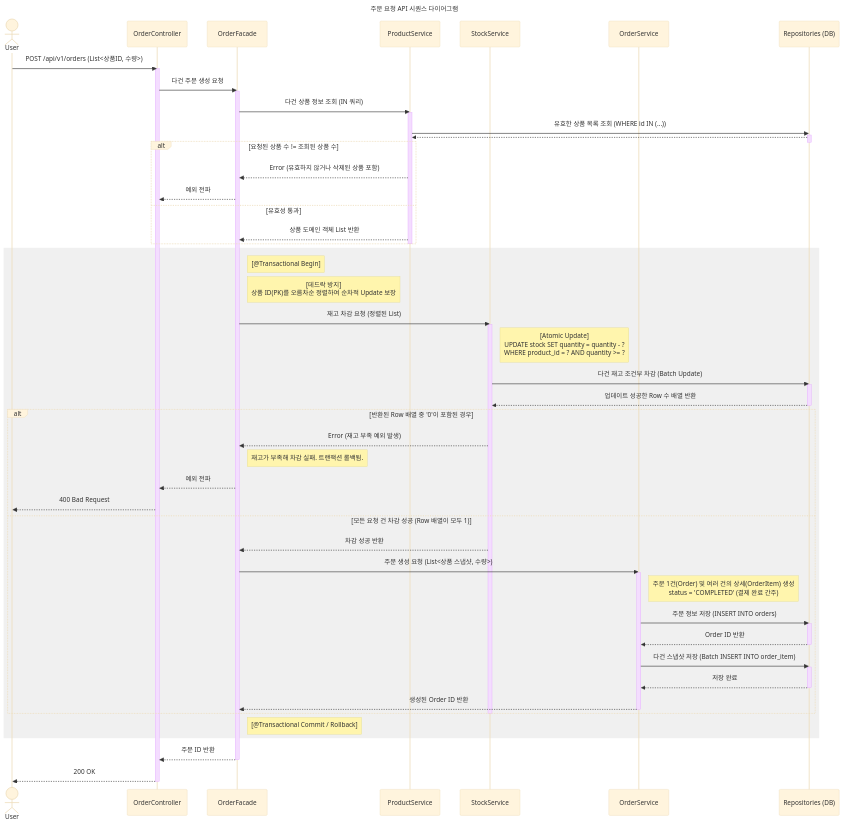
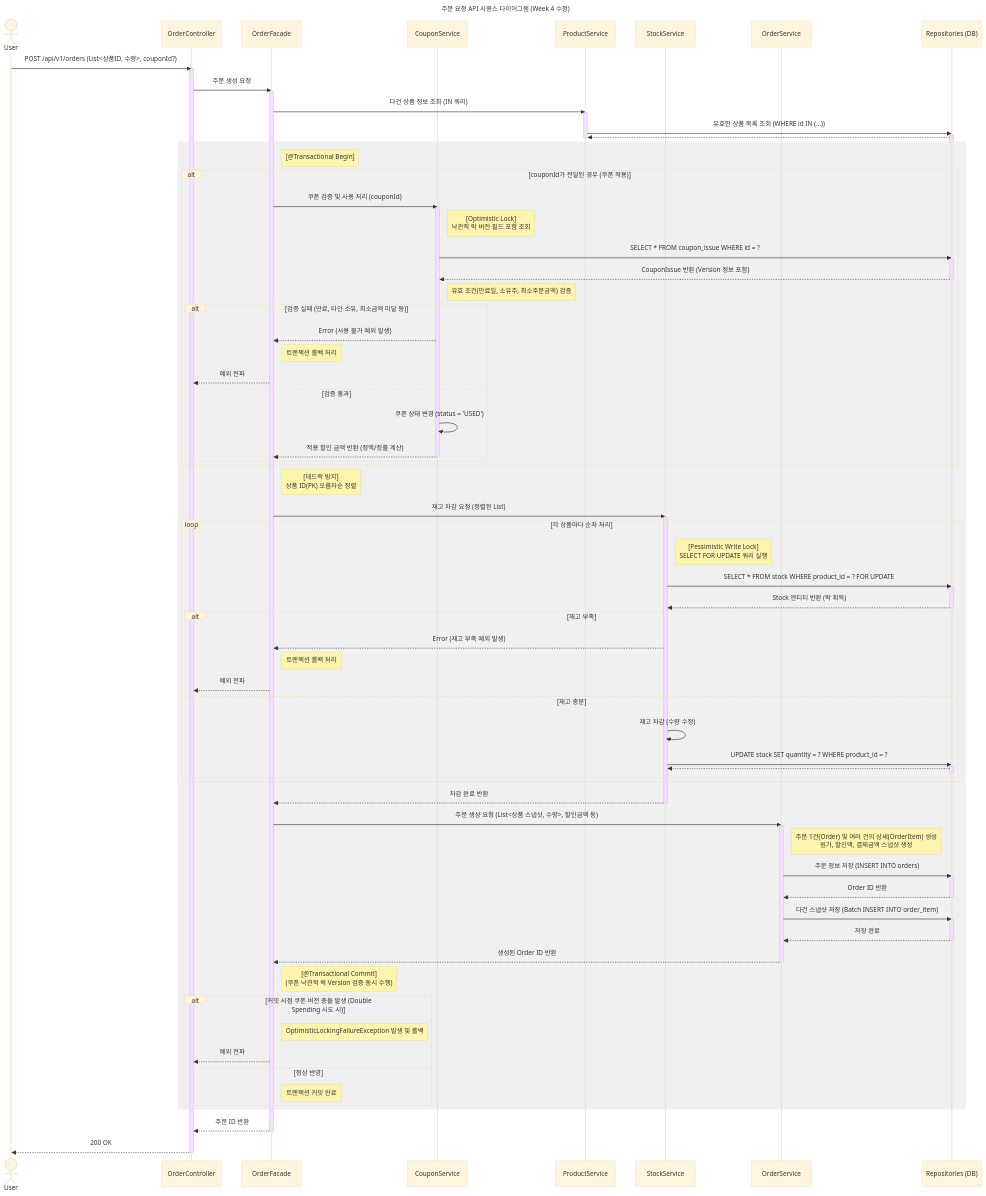
Before and after one commit to loopers-labs/loop-pack-be-l2-vol4-java: the first of 5 diagrams in docs/week2/02-sequence-diagrams.md, drawn with Mermaid (base theme). The commit also changed other lines of this file and 3 other files, not shown here.

````diff
--- a/docs/week2/02-sequence-diagrams.md
+++ b/docs/week2/02-sequence-diagrams.md
@@ -1,18 +1,19 @@
 ```mermaid
 sequenceDiagram
-    title 주문 요청 API 시퀀스 다이어그램
+    title 주문 요청 API 시퀀스 다이어그램 (Week 4 수정)
     actor User
     participant Controller as OrderController
     participant Facade as OrderFacade
+    participant CouponSvc as CouponService
     participant ProductSvc as ProductService
     participant StockSvc as StockService
     participant OrderSvc as OrderService
     participant Repo as Repositories (DB)
 
-    User->>Controller: POST /api/v1/orders (List<상품ID, 수량>)
+    User->>Controller: POST /api/v1/orders (List<상품ID, 수량>, couponId?)
     activate Controller
 
-    Controller->>Facade: 다건 주문 생성 요청
+    Controller->>Facade: 주문 생성 요청
     activate Facade
 
     Facade->>ProductSvc: 다건 상품 정보 조회 (IN 쿼리)
@@ -21,59 +22,85 @@
     activate Repo
     Repo-->>ProductSvc: 
     deactivate Repo
-
-    alt 요청된 상품 수 != 조회된 상품 수
-        ProductSvc-->>Facade: Error (유효하지 않거나 삭제된 상품 포함)
-        Facade-->>Controller: 예외 전파
-    else 유효성 통과
-        ProductSvc-->>Facade: 상품 도메인 객체 List 반환
-    end
     deactivate ProductSvc
 
     rect rgb(240, 240, 240)
         Note right of Facade: [@Transactional Begin]
-        Note right of Facade: [데드락 방지]<br/>상품 ID(PK)를 오름차순 정렬하여 순차적 Update 보장
         
+        alt couponId가 전달된 경우 (쿠폰 적용)
+            Facade->>CouponSvc: 쿠폰 검증 및 사용 처리 (couponId)
+            activate CouponSvc
+            Note right of CouponSvc: [Optimistic Lock]<br/>낙관적 락 버전 필드 포함 조회
+            CouponSvc->>Repo: SELECT * FROM coupon_issue WHERE id = ?
+            activate Repo
+            Repo-->>CouponSvc: CouponIssue 반환 (Version 정보 포함)
+            deactivate Repo
+            
+            Note right of CouponSvc: 유효 조건(만료일, 소유주, 최소주문금액) 검증
+            alt 검증 실패 (만료, 타인 소유, 최소금액 미달 등)
+                CouponSvc-->>Facade: Error (사용 불가 예외 발생)
+                Note right of Facade: 트랜잭션 롤백 처리
+                Facade-->>Controller: 예외 전파
+            else 검증 통과
+                CouponSvc->>CouponSvc: 쿠폰 상태 변경 (status = 'USED')
+                CouponSvc-->>Facade: 적용 할인 금액 반환 (정액/정률 계산)
+                deactivate CouponSvc
+            end
+        end
+
+        Note right of Facade: [데드락 방지]<br/>상품 ID(PK) 오름차순 정렬
         Facade->>StockSvc: 재고 차감 요청 (정렬된 List)
         activate StockSvc
-        Note right of StockSvc: [Atomic Update]<br/>UPDATE stock SET quantity = quantity - ? <br/>WHERE product_id = ? AND quantity >= ?
         
-        StockSvc->>Repo: 다건 재고 조건부 차감 (Batch Update)
-        activate Repo
-        Repo-->>StockSvc: 업데이트 성공한 Row 수 배열 반환
-        deactivate Repo
-
-        alt 반환된 Row 배열 중 '0'이 포함된 경우
-            StockSvc-->>Facade: Error (재고 부족 예외 발생)
-            Note right of Facade: 재고가 부족해 차감 실패. 트랜잭션 롤백됨.
-            Facade-->>Controller: 예외 전파
-            Controller-->>User: 400 Bad Request
-        else 모든 요청 건 차감 성공 (Row 배열이 모두 1)
-            StockSvc-->>Facade: 차감 성공 반환
-            
-            Facade->>OrderSvc: 주문 생성 요청 (List<상품 스냅샷, 수량>)
-            activate OrderSvc
-            Note right of OrderSvc: 주문 1건(Order) 및 여러 건의 상세(OrderItem) 생성<br/>status = 'COMPLETED' (결제 완료 간주)
-            
-            OrderSvc->>Repo: 주문 정보 저장 (INSERT INTO orders)
+        loop 각 상품마다 순차 처리
+            Note right of StockSvc: [Pessimistic Write Lock]<br/>SELECT FOR UPDATE 쿼리 실행
+            StockSvc->>Repo: SELECT * FROM stock WHERE product_id = ? FOR UPDATE
             activate Repo
-            Repo-->>OrderSvc: Order ID 반환
+            Repo-->>StockSvc: Stock 엔티티 반환 (락 획득)
             deactivate Repo
             
-            OrderSvc->>Repo: 다건 스냅샷 저장 (Batch INSERT INTO order_item)
-            activate Repo
-            Repo-->>OrderSvc: 저장 완료
-            deactivate Repo
-            OrderSvc-->>Facade: 생성된 Order ID 반환
-            deactivate OrderSvc
+            alt 재고 부족
+                StockSvc-->>Facade: Error (재고 부족 예외 발생)
+                Note right of Facade: 트랜잭션 롤백 처리
+                Facade-->>Controller: 예외 전파
+            else 재고 충분
+                StockSvc->>StockSvc: 재고 차감 (수량 수정)
+                StockSvc->>Repo: UPDATE stock SET quantity = ? WHERE product_id = ?
+                activate Repo
+                Repo-->>StockSvc: 
+                deactivate Repo
+            end
         end
+        StockSvc-->>Facade: 차감 완료 반환
         deactivate StockSvc
-        Note right of Facade: [@Transactional Commit / Rollback]
+
+        Facade->>OrderSvc: 주문 생성 요청 (List<상품 스냅샷, 수량>, 할인금액 등)
+        activate OrderSvc
+        Note right of OrderSvc: 주문 1건(Order) 및 여러 건의 상세(OrderItem) 생성<br/>원가, 할인액, 결제금액 스냅샷 생성
+        
+        OrderSvc->>Repo: 주문 정보 저장 (INSERT INTO orders)
+        activate Repo
+        Repo-->>OrderSvc: Order ID 반환
+        deactivate Repo
+        
+        OrderSvc->>Repo: 다건 스냅샷 저장 (Batch INSERT INTO order_item)
+        activate Repo
+        Repo-->>OrderSvc: 저장 완료
+        deactivate Repo
+        OrderSvc-->>Facade: 생성된 Order ID 반환
+        deactivate OrderSvc
+
+        Note right of Facade: [@Transactional Commit]<br/>(쿠폰 낙관적 락 Version 검증 동시 수행)
+        alt 커밋 시점 쿠폰 버전 충돌 발생 (Double Spending 시도 시)
+            Note right of Facade: OptimisticLockingFailureException 발생 및 롤백
+            Facade-->>Controller: 예외 전파
+        else 정상 반영
+            Note right of Facade: 트랜잭션 커밋 완료
+        end
     end
 
     Facade-->>Controller: 주문 ID 반환
     deactivate Facade
-
     Controller-->>User: 200 OK
     deactivate Controller
 ```
````
